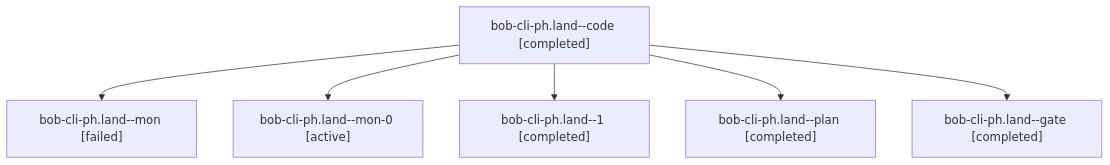
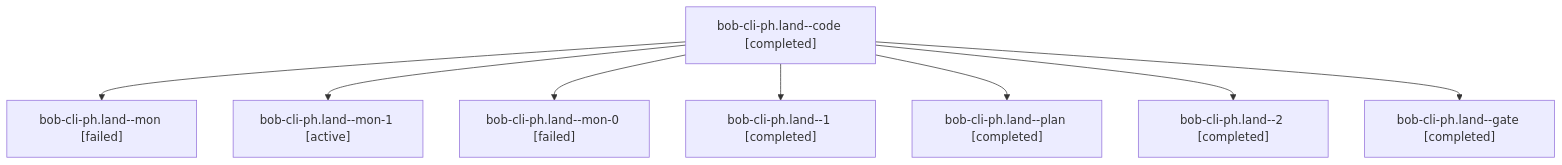
Before and after one commit to bobs-org/bob-cli--agents: the diagram in sessions/bbugyi200.apollo.bob-cli-ph.land.md, drawn with Mermaid. The commit also changed other lines of this file and 203 other files, not shown here.

````diff
--- a/sessions/bbugyi200.apollo.bob-cli-ph.land.md
+++ b/sessions/bbugyi200.apollo.bob-cli-ph.land.md
@@ -9,14 +9,18 @@
 ```mermaid
 flowchart TD
   n0["bob-cli-ph.land--code [completed]"]
   n1["bob-cli-ph.land--mon [failed]"]
   n0 --> n1
-  n2["bob-cli-ph.land--mon-0 [active]"]
+  n2["bob-cli-ph.land--mon-1 [active]"]
   n0 --> n2
-  n3["bob-cli-ph.land--1 [completed]"]
+  n3["bob-cli-ph.land--mon-0 [failed]"]
   n0 --> n3
-  n4["bob-cli-ph.land--plan [completed]"]
+  n4["bob-cli-ph.land--1 [completed]"]
   n0 --> n4
-  n5["bob-cli-ph.land--gate [completed]"]
+  n5["bob-cli-ph.land--plan [completed]"]
   n0 --> n5
+  n6["bob-cli-ph.land--2 [completed]"]
+  n0 --> n6
+  n7["bob-cli-ph.land--gate [completed]"]
+  n0 --> n7
 ```
````
